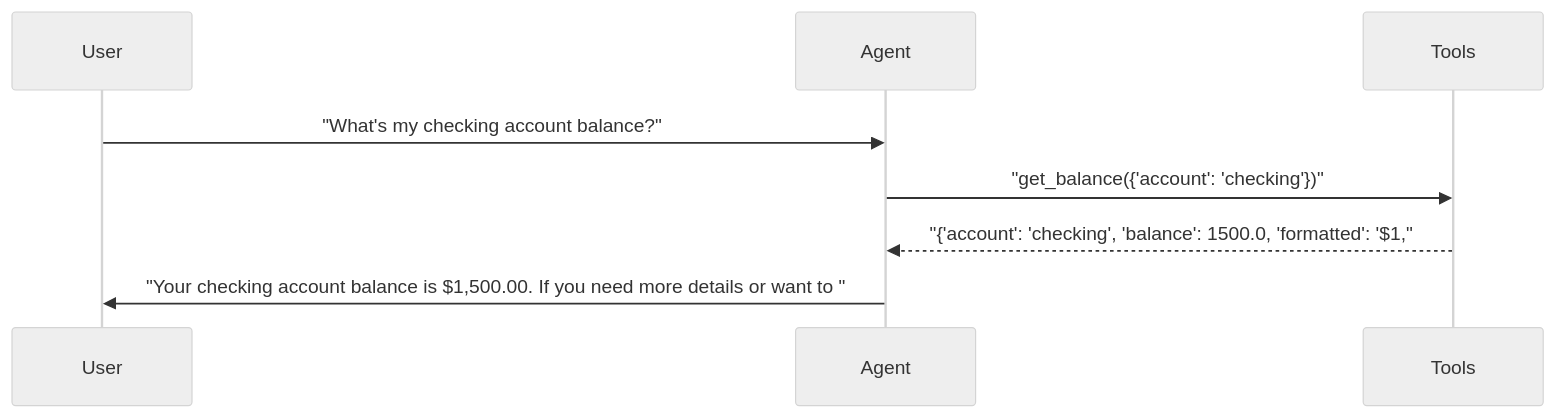
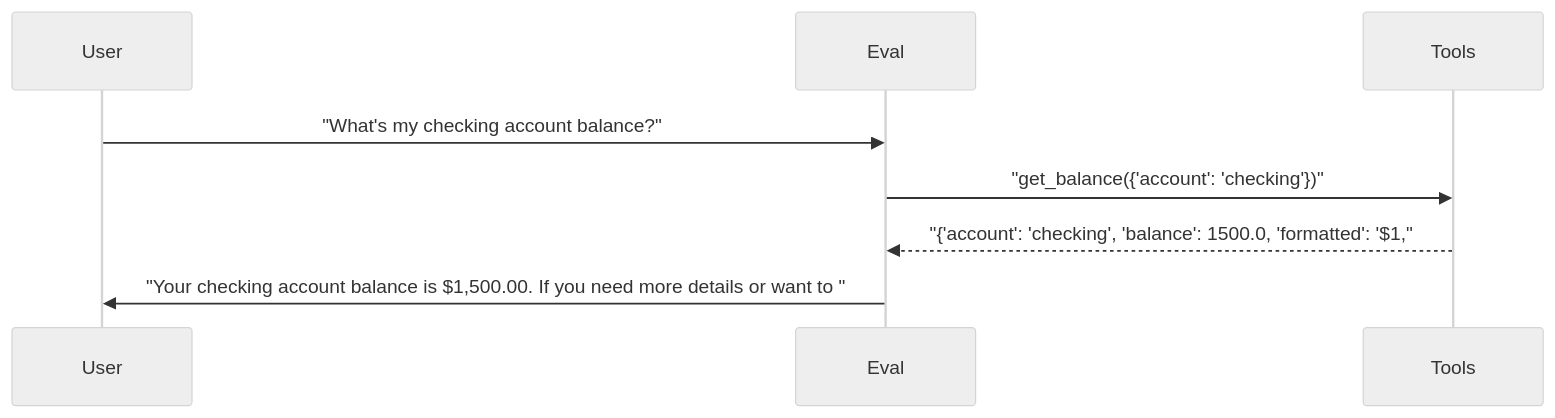
One commit to sbroenne/pytest-skill-engineering changed the second of 24 diagrams in docs/demo/hero-report.md. Above: the diagram before and after it, drawn with Mermaid (neutral theme). The commit also changed other lines of this file and 155 other files, not shown here.

````diff
--- a/docs/demo/hero-report.md
+++ b/docs/demo/hero-report.md
@@ -262,11 +262,11 @@
 ```mermaid
 sequenceDiagram
     participant User
-    participant Agent
+    participant Eval
     participant Tools
 
-    User->>Agent: "What's my checking account balance?"
-    Agent->>Tools: "get_balance({'account': 'checking'})"
-    Tools-->>Agent: "{'account': 'checking', 'balance': 1500.0, 'formatted': '$1,"
-    Agent->>User: "Your checking account balance is $1,500.00. If you need more details or want to "
+    User->>Eval: "What's my checking account balance?"
+    Eval->>Tools: "get_balance({'account': 'checking'})"
+    Tools-->>Eval: "{'account': 'checking', 'balance': 1500.0, 'formatted': '$1,"
+    Eval->>User: "Your checking account balance is $1,500.00. If you need more details or want to "
 ```
````
